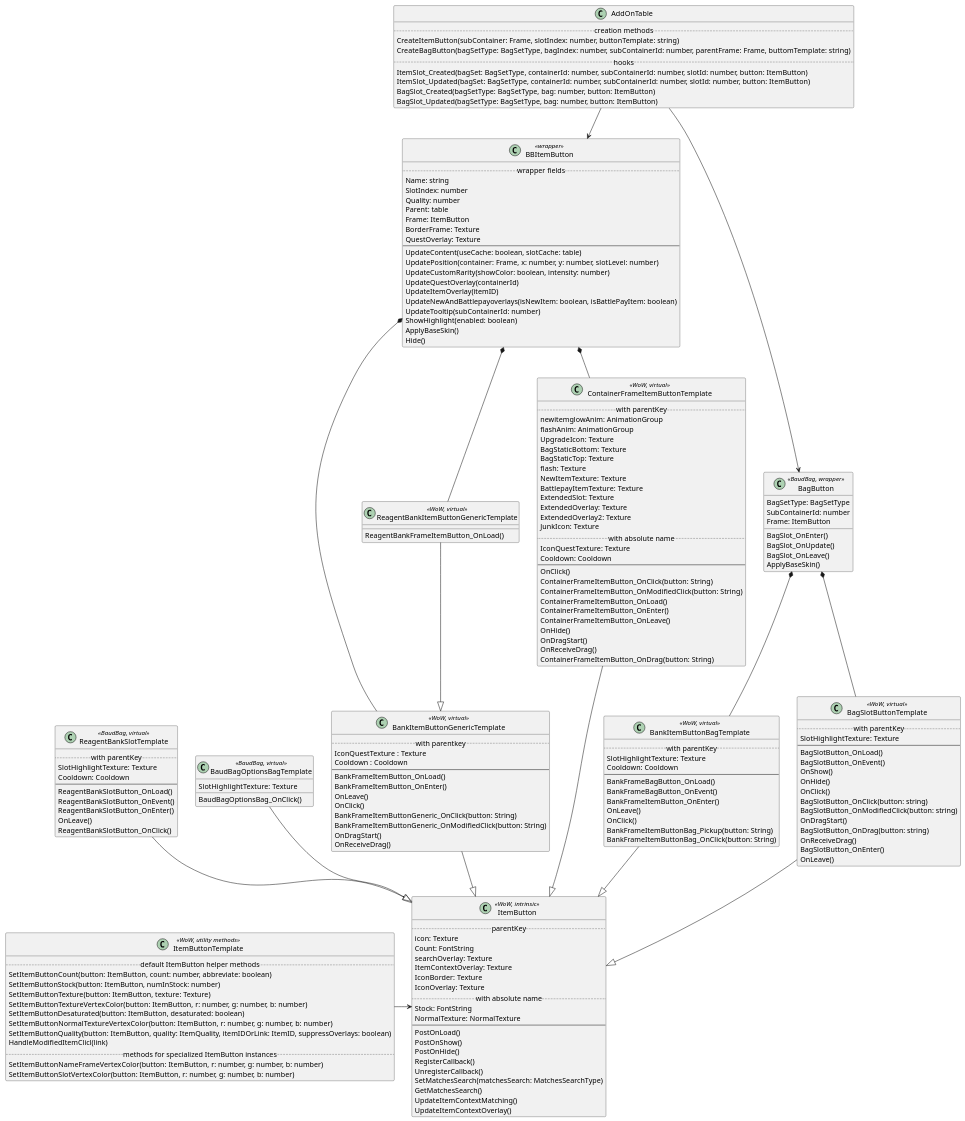
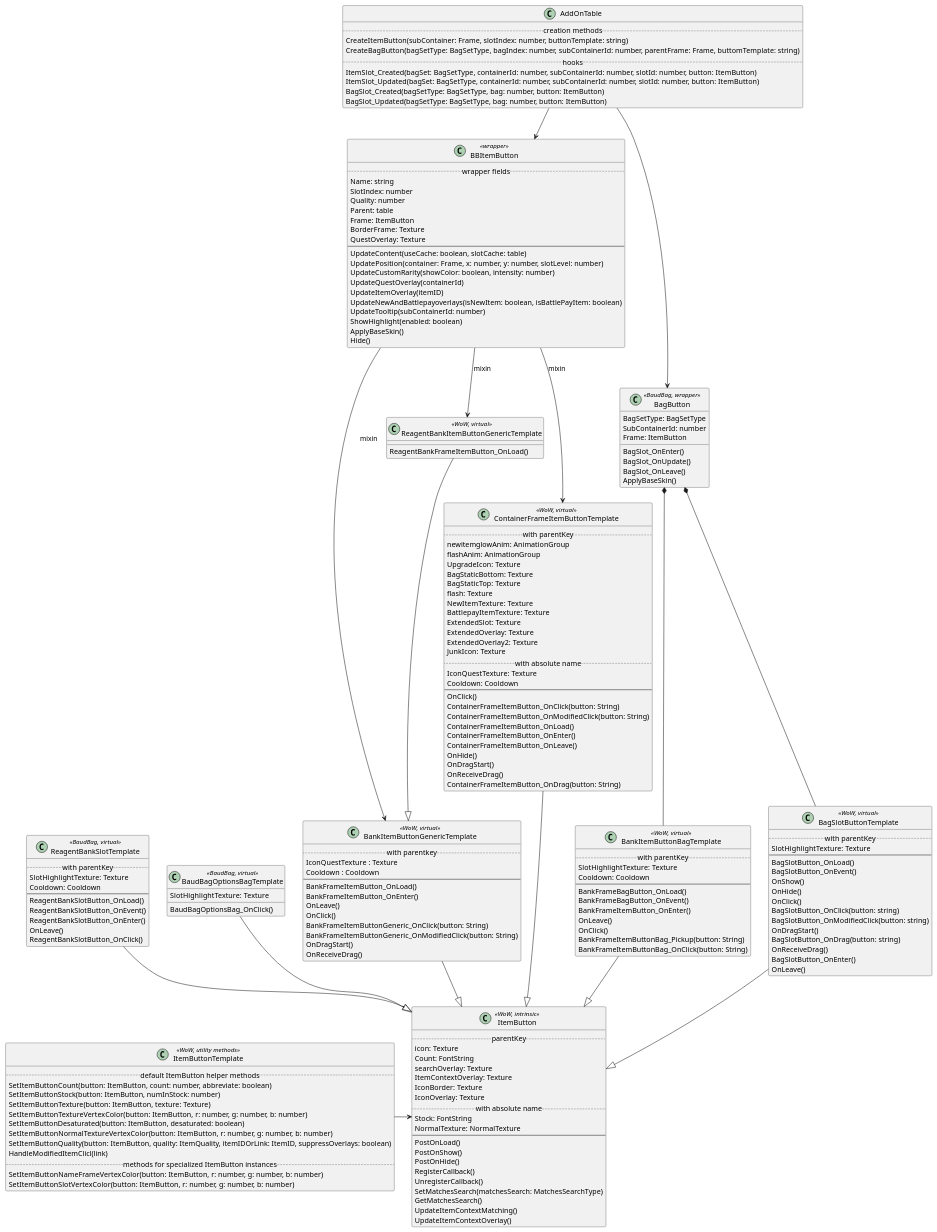
Before and after one commit to gsnerf/Baud-Bag: the diagram in docs/ItemButton_Classes.puml, drawn with PlantUML.

Commit message:
updated doc to reflect new mixin usage

```diff
--- a/docs/ItemButton_Classes.puml
+++ b/docs/ItemButton_Classes.puml
@@ -181,9 +181,9 @@
 AddOnTable --> BBItemButton
 AddOnTable --> BagButton
 
-BBItemButton *-- ContainerFrameItemButtonTemplate
-BBItemButton *-- BankItemButtonGenericTemplate
-BBItemButton *-- ReagentBankItemButtonGenericTemplate
+BBItemButton --> ContainerFrameItemButtonTemplate: mixin
+BBItemButton --> BankItemButtonGenericTemplate: mixin
+BBItemButton --> ReagentBankItemButtonGenericTemplate:  mixin
 
 BagButton *-- BankItemButtonBagTemplate
 BagButton *-- BagSlotButtonTemplate
```
